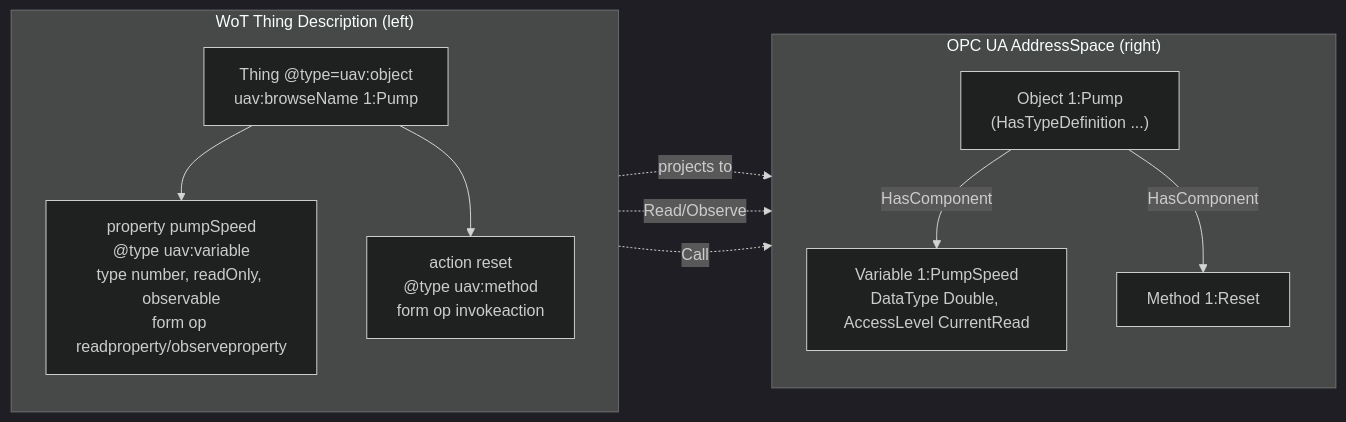
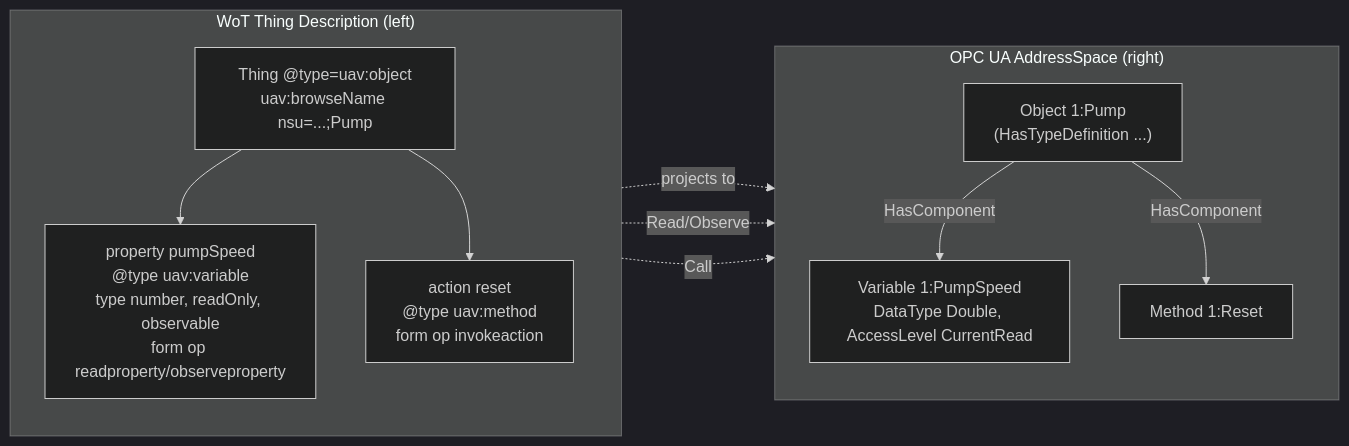
The diagram in wot-specs/WoT-Binding/OPC-UA-WoT-Binding.md (marcschier/opcua-drafts), drawn with Mermaid (dark theme) before and after one commit. The commit also changed other lines of this file and 12 other files, not shown here.

````diff
--- a/wot-specs/WoT-Binding/OPC-UA-WoT-Binding.md
+++ b/wot-specs/WoT-Binding/OPC-UA-WoT-Binding.md
@@ -231,22 +259,22 @@
 ```mermaid
 graph LR
   subgraph WoT["WoT Thing Description (left)"]
     direction TB
-    T["Thing @type=uav:object<br/>uav:browseName 1:Pump"]
+    T["Thing @type=uav:object<br/>uav:browseName nsu=...;Pump"]
     P["property pumpSpeed<br/>@type uav:variable<br/>type number, readOnly, observable<br/>form op readproperty/observeproperty"]
     A["action reset<br/>@type uav:method<br/>form op invokeaction"]
     T --> P
     T --> A
   end
   subgraph UA["OPC UA AddressSpace (right)"]
     direction TB
     O["Object 1:Pump<br/>(HasTypeDefinition ...)"]
     V["Variable 1:PumpSpeed<br/>DataType Double, AccessLevel CurrentRead"]
     M["Method 1:Reset"]
     O -- HasComponent --> V
     O -- HasComponent --> M
   end
   T -. projects to .-> O
   P -. Read/Observe .-> V
   A -. Call .-> M
 ```
````
